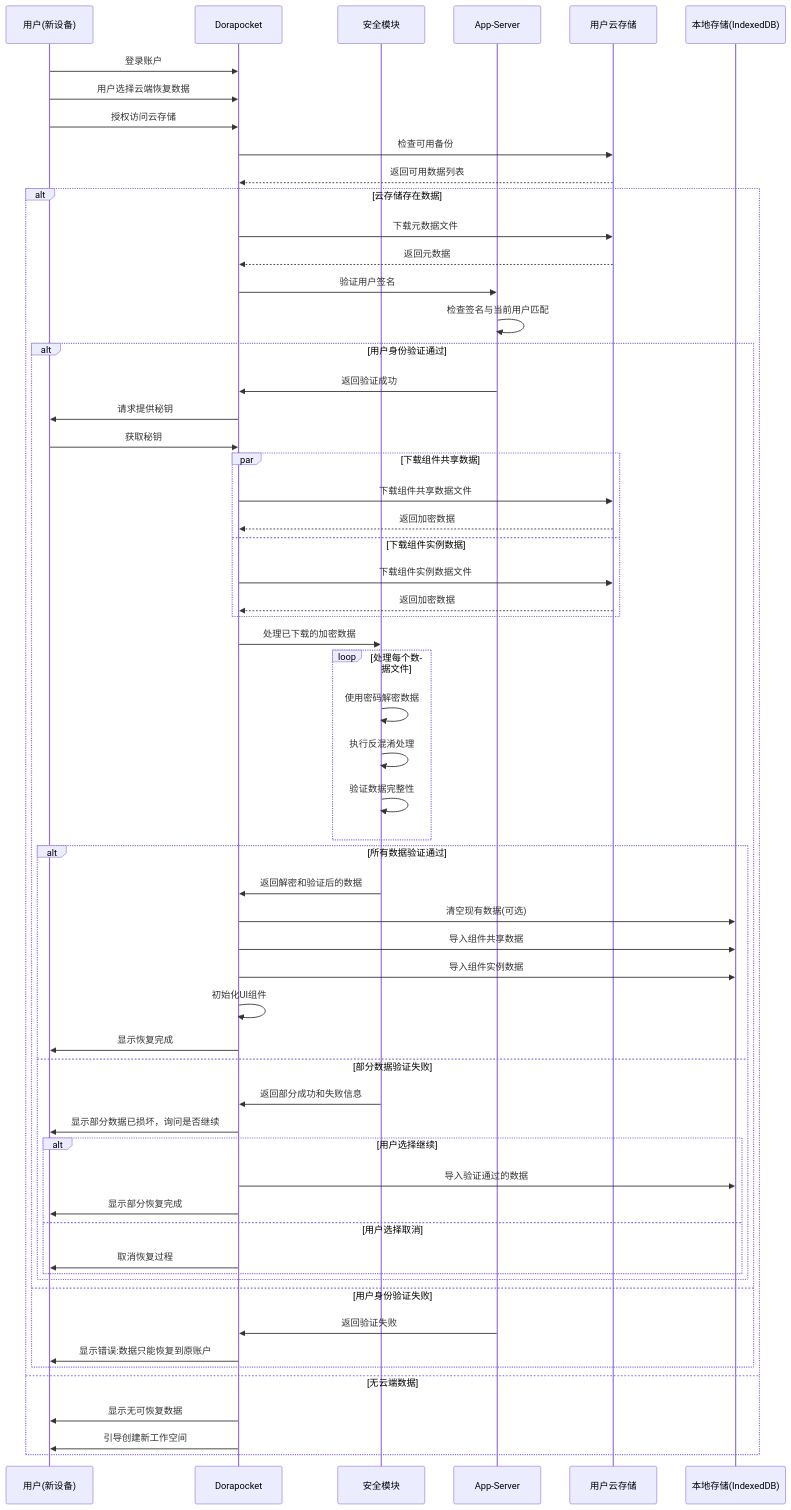
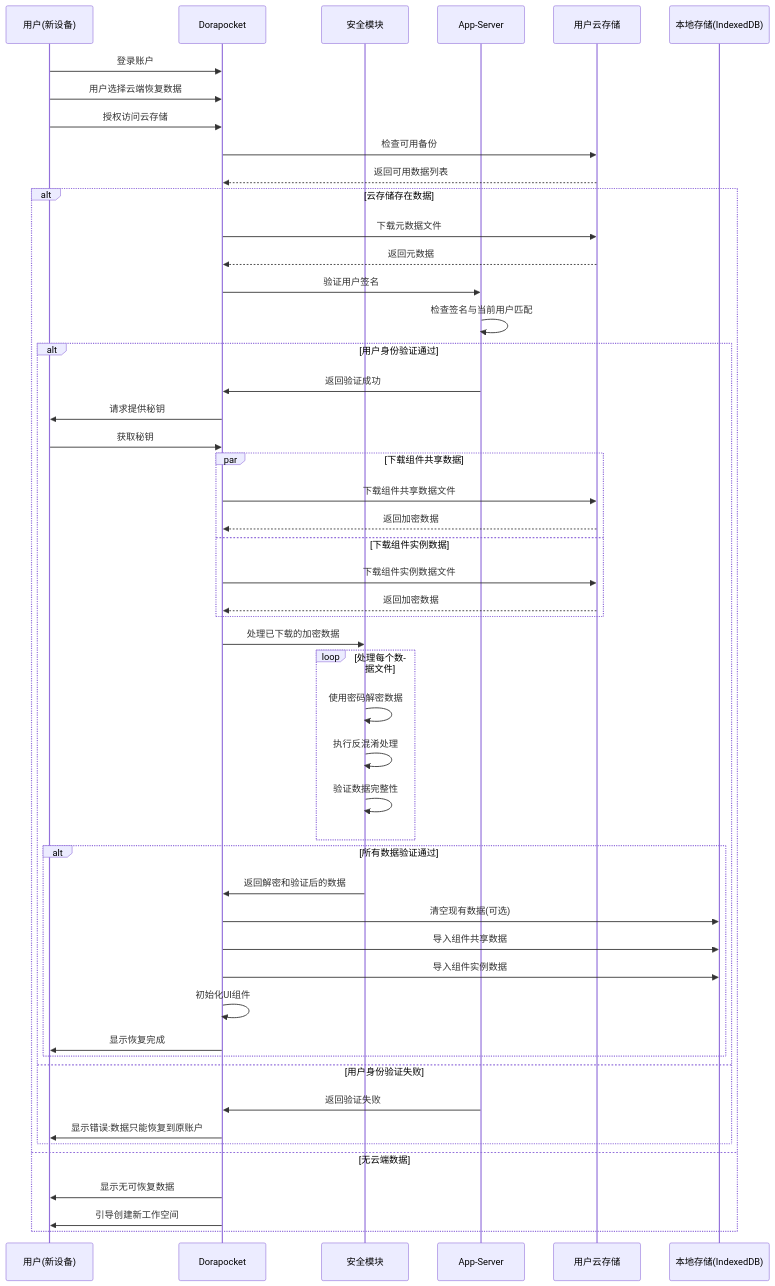
The diagram in all/未命名-34.md (yingjianzh/iodraw-files), drawn with Mermaid before and after one commit.

Commit message:
2025-04-17 17:10:11 update

````diff
--- a/all/未命名-34.md
+++ b/all/未命名-34.md
@@ -1,75 +1,65 @@
 ```mermaid
 sequenceDiagram
     participant User as 用户(新设备)
     participant App as Dorapocket
     participant Security as 安全模块
     participant AppServer as App-Server
     participant UserCloud as 用户云存储
     participant LocalDB as 本地存储(IndexedDB)
     
     User->>App: 登录账户
     User->>App: 用户选择云端恢复数据
     User->>App: 授权访问云存储
     
     App->>UserCloud: 检查可用备份
     UserCloud-->>App: 返回可用数据列表
     
     alt 云存储存在数据
         
         App->>UserCloud: 下载元数据文件
         UserCloud-->>App: 返回元数据
         
         App->>AppServer: 验证用户签名
         AppServer->>AppServer: 检查签名与当前用户匹配
         
         alt 用户身份验证通过
             AppServer->>App: 返回验证成功
             
             App->>User: 请求提供秘钥
             User->>App: 获取秘钥
             
             par 下载组件共享数据
                 App->>UserCloud: 下载组件共享数据文件
                 UserCloud-->>App: 返回加密数据
             and 下载组件实例数据
                 App->>UserCloud: 下载组件实例数据文件
                 UserCloud-->>App: 返回加密数据
             end
             
             App->>Security: 处理已下载的加密数据
             loop 处理每个数据文件
                 Security->>Security: 使用密码解密数据
                 Security->>Security: 执行反混淆处理
                 Security->>Security: 验证数据完整性
             end
             
             alt 所有数据验证通过
                 Security->>App: 返回解密和验证后的数据
                 
                 App->>LocalDB: 清空现有数据(可选)
-                
                 App->>LocalDB: 导入组件共享数据
                 App->>LocalDB: 导入组件实例数据
                 
                 App->>App: 初始化UI组件
                 App->>User: 显示恢复完成
-            else 部分数据验证失败
-                Security->>App: 返回部分成功和失败信息
-                App->>User: 显示部分数据已损坏，询问是否继续
-                
-                alt 用户选择继续
-                    App->>LocalDB: 导入验证通过的数据
-                    App->>User: 显示部分恢复完成
-                else 用户选择取消
-                    App->>User: 取消恢复过程
-                end
+            
             end
         else 用户身份验证失败
             AppServer->>App: 返回验证失败
             App->>User: 显示错误:数据只能恢复到原账户
         end
     else 无云端数据
         App->>User: 显示无可恢复数据
         App->>User: 引导创建新工作空间
     end
 ```
````
